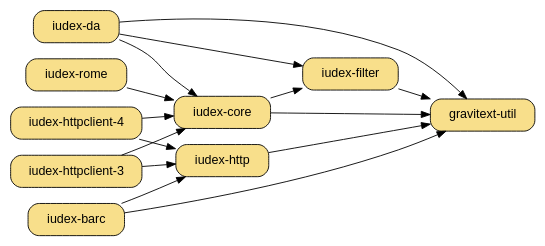
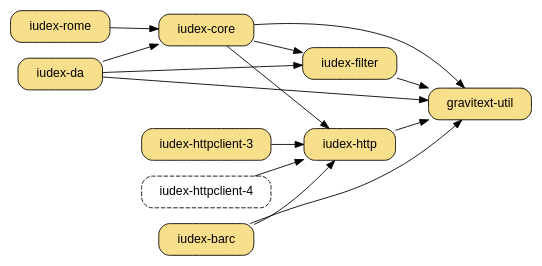
One commit to dekellum/iudex changed the diagram in www/_dot/iudex.dot. Above: the diagram before and after it, drawn with Graphviz.

Commit message:
BARCResponseHandler.java, http-record -> iudex-barc; iudex-core deps reduced

```diff
--- a/www/_dot/iudex.dot
+++ b/www/_dot/iudex.dot
@@ -1,48 +1,49 @@
 digraph "iudex-gems" {
   rankdir=LR
   size="5.5,5";
   bgcolor="transparent";
   node [ shape=box, style="filled,rounded", fillcolor="#f8df8b",
          fontname="Arial",  margin="0.30,0.1" ];
 
   "iudex-filter" -> "gravitext-util"
   "iudex-core"   -> "gravitext-util"
   "iudex-da"     -> "gravitext-util"
 
   "iudex-da" [ target=_parent, URL="../iudex-da.html" ];
 
   "iudex-rome" -> "iudex-core"
 
   "iudex-http"   -> "gravitext-util"
+
   "iudex-barc"   -> "gravitext-util"
   "iudex-barc" -> "iudex-http"
 
-  "iudex-httpclient-3" -> "iudex-core"
-  "iudex-httpclient-4" -> "iudex-core"
+  "iudex-httpclient-3" -> "iudex-http"
 
-  "iudex-httpclient-3" -> "iudex-http"
+  "iudex-httpclient-4" [ style="rounded,dashed" ]
   "iudex-httpclient-4" -> "iudex-http"
 
   "iudex-core" -> "iudex-filter"
+  "iudex-core" -> "iudex-http"
 
   "iudex-da" -> "iudex-filter"
   "iudex-da" -> "iudex-core"
 
 #  "iudex-filter" -> "rjack-slf4j"
 #  "iudex-filter" -> "rjack-logback"
 #  "iudex-http" -> "rjack-slf4j"
 #  "iudex-barc" -> "rjack-slf4j"
 #  "iudex-core" -> "rjack-slf4j"
 #  "iudex-core" -> "rjack-logback"
 #  "iudex-da" -> "rjack-slf4j"
 
 #  "rjack-httpclient" -> "rjack-commons-codec";
 #  "rjack-httpclient" -> "rjack-logback" [ style=dashed, label="dev" ];
 #  "rjack-httpclient" -> "rjack-slf4j";
 
 #  "rjack-slf4j"   [ group=log ];
 #  "rjack-logback" [ group=log ];
 #  "rjack-logback" -> "rjack-slf4j";
 #  "rjack-commons-codec"   [ group=commons ];
 
 }
```
